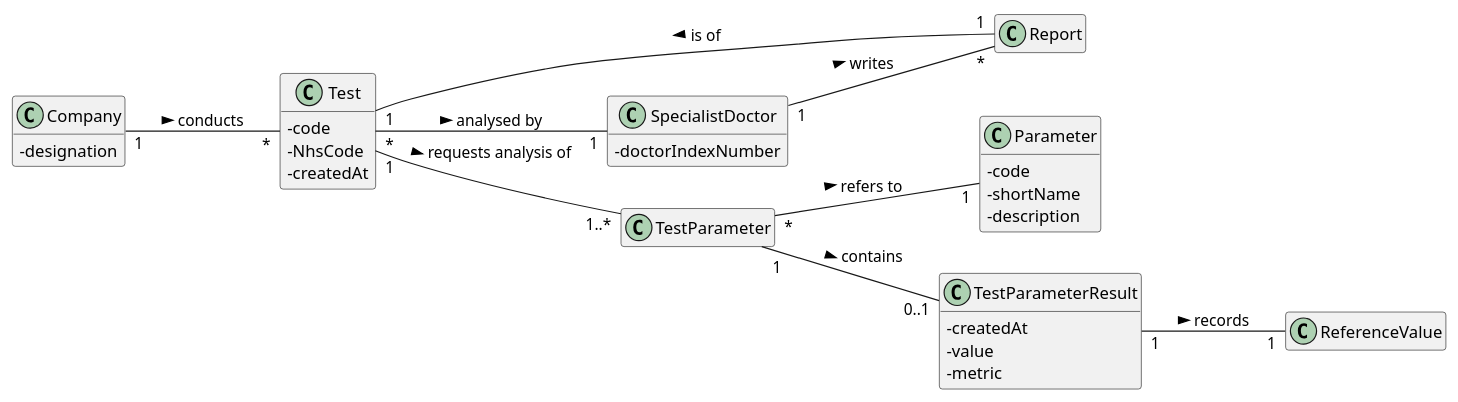
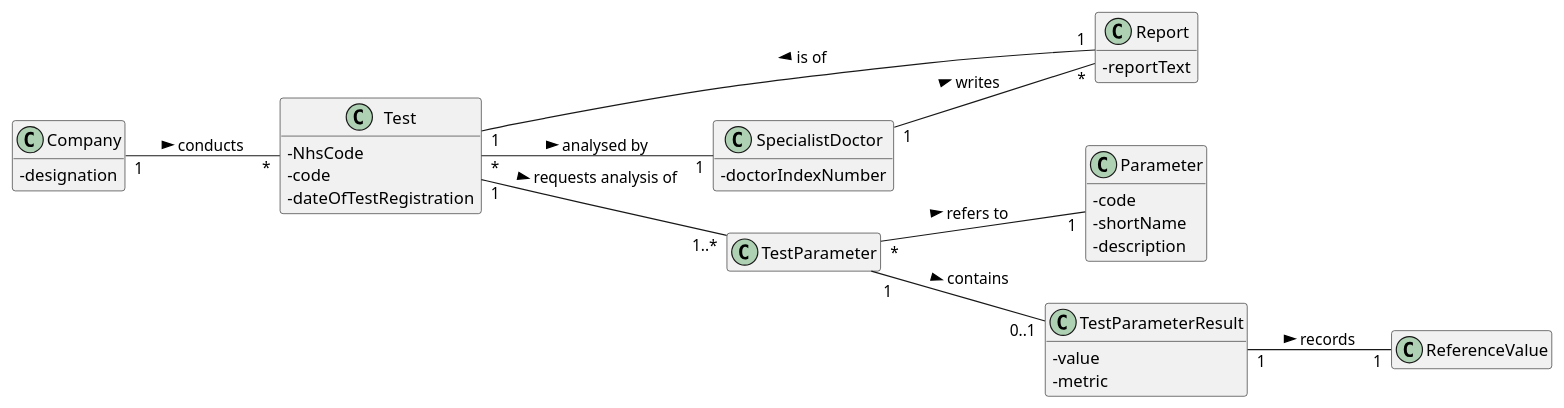
Before and after one commit to ana-albergaria/LAPR2-ISEP: the diagram in docs/SprintC/US_14/US14_DM.puml, drawn with PlantUML. The commit also changed 2 other files, not shown here.

```diff
--- a/docs/SprintC/US_14/US14_DM.puml
+++ b/docs/SprintC/US_14/US14_DM.puml
@@ -1,67 +1,68 @@
 @startuml
 
 skinparam classAttributeIconSize 0
 hide empty methods
 hide empty attributes
 left to right direction
 
 class Company{
 - designation
 }
 
 'class FinalResult{}
 
 'class ChemicalResult{}
 
 'class Diagnosis{}
 
-class Report{}
+class Report{
+- reportText
+}
 
 class SpecialistDoctor{
 - doctorIndexNumber
 }
 
 class Test{
+- NhsCode
 - code
-- NhsCode
-- createdAt
+- dateOfTestRegistration
 }
 
 /'class TestType{
 - code
 - description
 - collectingMethod
 }'/
 
 class TestParameter{}
 
 class Parameter{
 - code
 - shortName
 - description
 }
 
 class TestParameterResult{
-- createdAt
 - value
 - metric
 }
 
 class ReferenceValue{}
 
 Company "1" -- "*" Test : conducts >
 'ChemicalResult "1" -- "1" Test : presented under >
 Test "*" -- "1" SpecialistDoctor : analysed by >
 'SpecialistDoctor "1" -- "*" Diagnosis : makes >
 SpecialistDoctor "1" -- "*" Report : writes >
 'Diagnosis "1" -- "1" FinalResult : receives <
 'Report "1" -- "1" FinalResult : receives <
 Report "1" -- "1" Test : is of >
 'Test "*" -- "1" TestType : is of >
 Test "1" -- "1..*" TestParameter : requests analysis of >
 TestParameter "*" -- "1" Parameter : refers to >
 TestParameter "1" -- "0..1" TestParameterResult : contains >
 TestParameterResult "1" -- "1" ReferenceValue : records >
 
 
 @enduml
```
